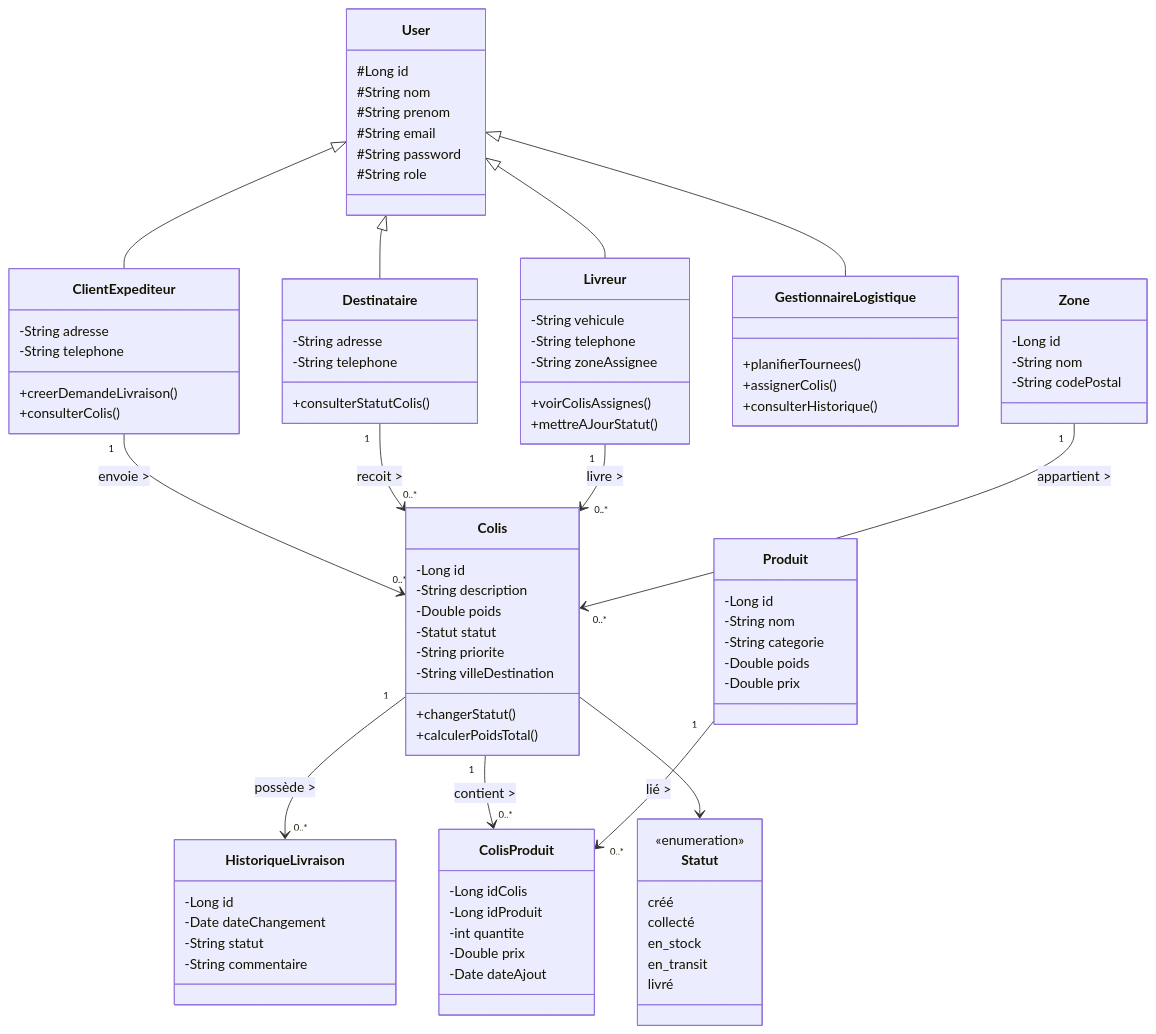
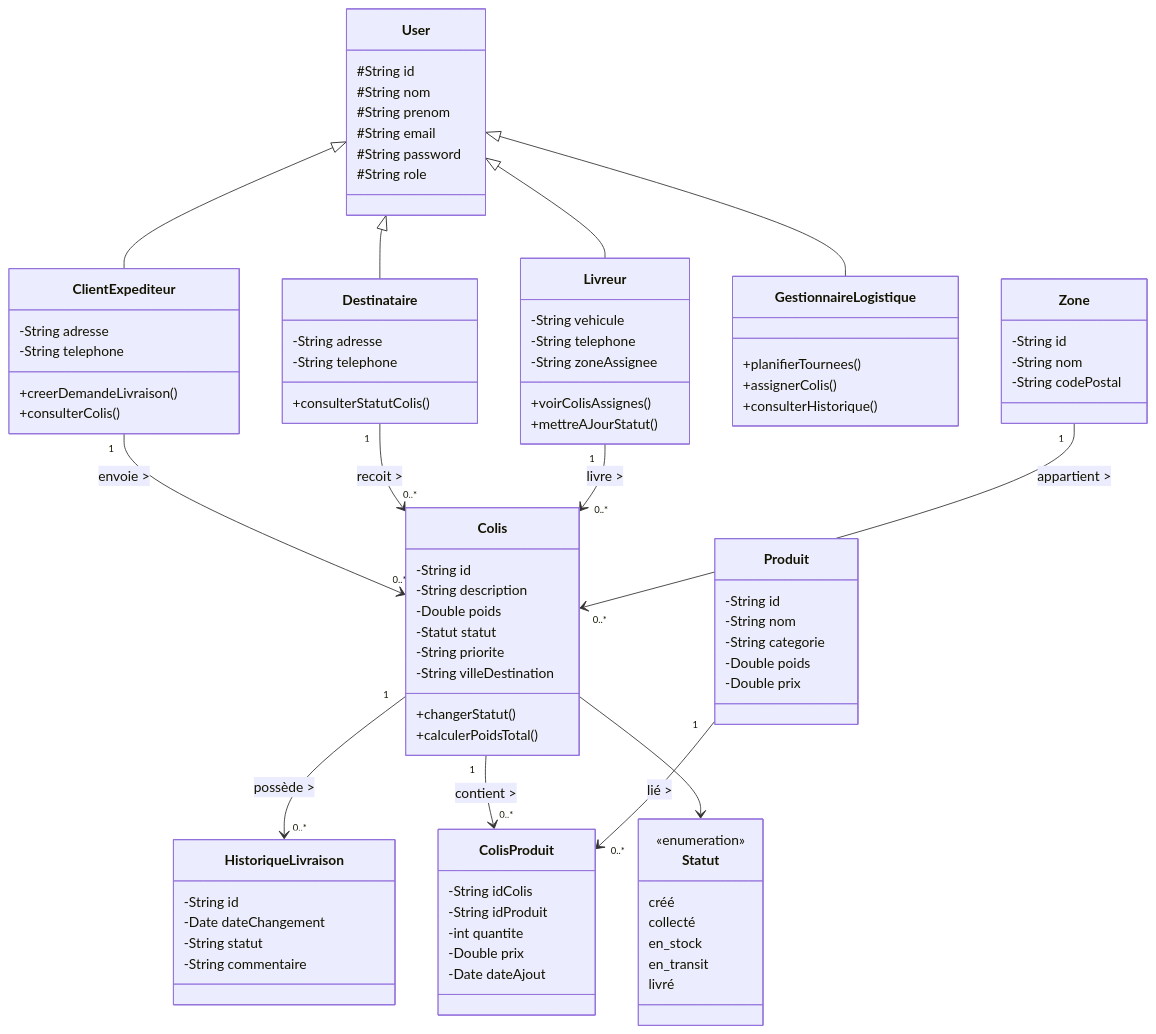
Before and after one commit to nmissi-nadia/SmartLogi-Delivery-Management-System-V2: the diagram in README.md, drawn with Mermaid. The commit also changed other lines of this file, not shown here.

```diff
--- a/README.md
+++ b/README.md
@@ -104,7 +194,7 @@
 classDiagram
 %% ========== UTILISATEURS ==========
     class User {
-        #Long id
+        #String id
         #String nom
         #String prenom
         #String email
@@ -148,7 +238,7 @@
 %% ========== COEUR MÉTIER ==========
 
     class Colis {
-        -Long id
+        -String id
         -String description
         -Double poids
         -Statut statut
@@ -159,20 +249,20 @@
     }
 
     class Zone {
-        -Long id
+        -String id
         -String nom
         -String codePostal
     }
 
     class HistoriqueLivraison {
-        -Long id
+        -String id
         -Date dateChangement
         -String statut
         -String commentaire
     }
 
     class Produit {
-        -Long id
+        -String id
         -String nom
         -String categorie
         -Double poids
@@ -180,8 +270,8 @@
     }
 
     class ColisProduit {
-        -Long idColis
-        -Long idProduit
+        -String idColis
+        -String idProduit
         -int quantite
         -Double prix
         -Date dateAjout
```
